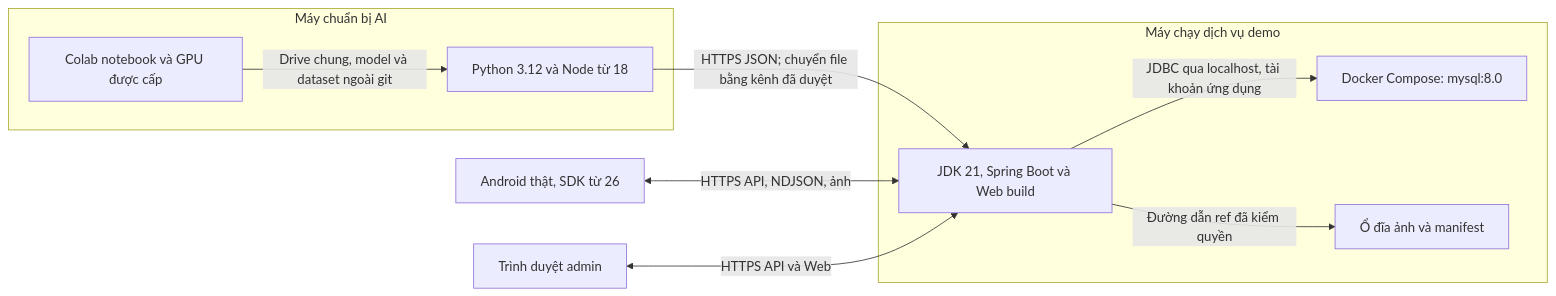
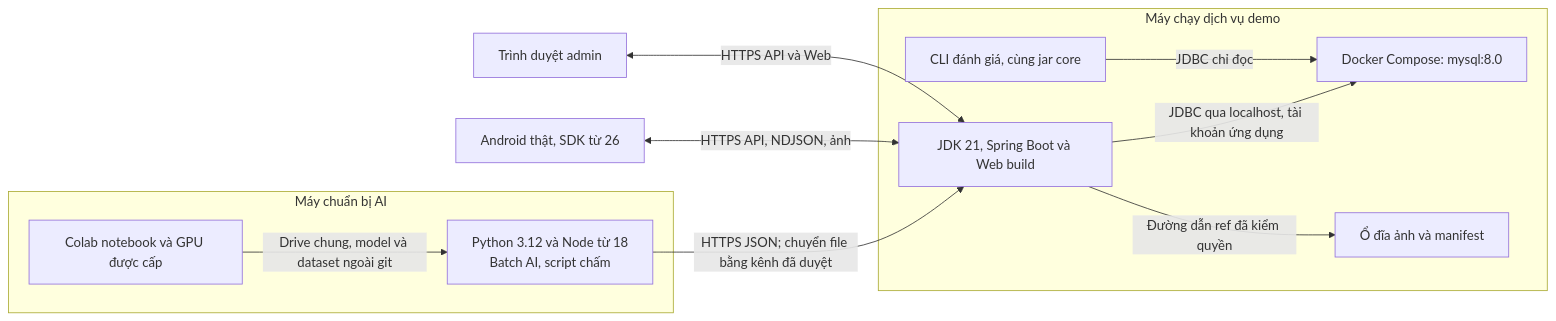
Before and after one commit to hana200804/livesign: the sixth of 6 diagrams in docs/architecture.md, drawn with Mermaid. The commit also changed other lines of this file and 11 other files, not shown here.

````diff
--- a/docs/architecture.md
+++ b/docs/architecture.md
@@ -184,20 +217,22 @@
 ```mermaid
 flowchart LR
   subgraph Dev["Máy chuẩn bị AI"]
-    Local["Python 3.12 và Node từ 18"]
+    Local["Python 3.12 và Node từ 18<br/>Batch AI, script chấm"]
     Colab["Colab notebook và GPU được cấp"]
   end
   subgraph Server["Máy chạy dịch vụ demo"]
     Spring["JDK 21, Spring Boot và Web build"]
+    EvalCli["CLI đánh giá, cùng jar core"]
     Mysql["Docker Compose: mysql:8.0"]
     Disk["Ổ đĩa ảnh và manifest"]
     Spring -->|"JDBC qua localhost, tài khoản ứng dụng"| Mysql
+    EvalCli -->|"JDBC chỉ đọc"| Mysql
     Spring -->|"Đường dẫn ref đã kiểm quyền"| Disk
   end
   Phone["Android thật, SDK từ 26"]
   Browser["Trình duyệt admin"]
   Local -->|"HTTPS JSON; chuyển file bằng kênh đã duyệt"| Spring
   Colab -->|"Drive chung, model và dataset ngoài git"| Local
   Phone <-->|"HTTPS API, NDJSON, ảnh"| Spring
   Browser <-->|"HTTPS API và Web"| Spring
 ```
````
